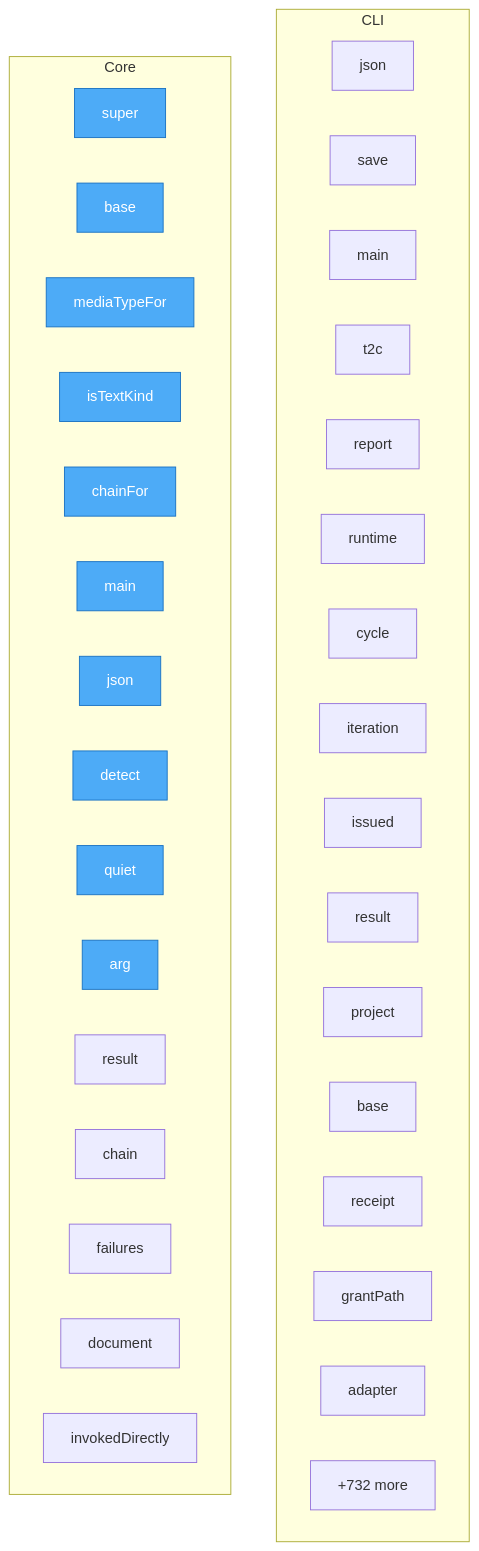
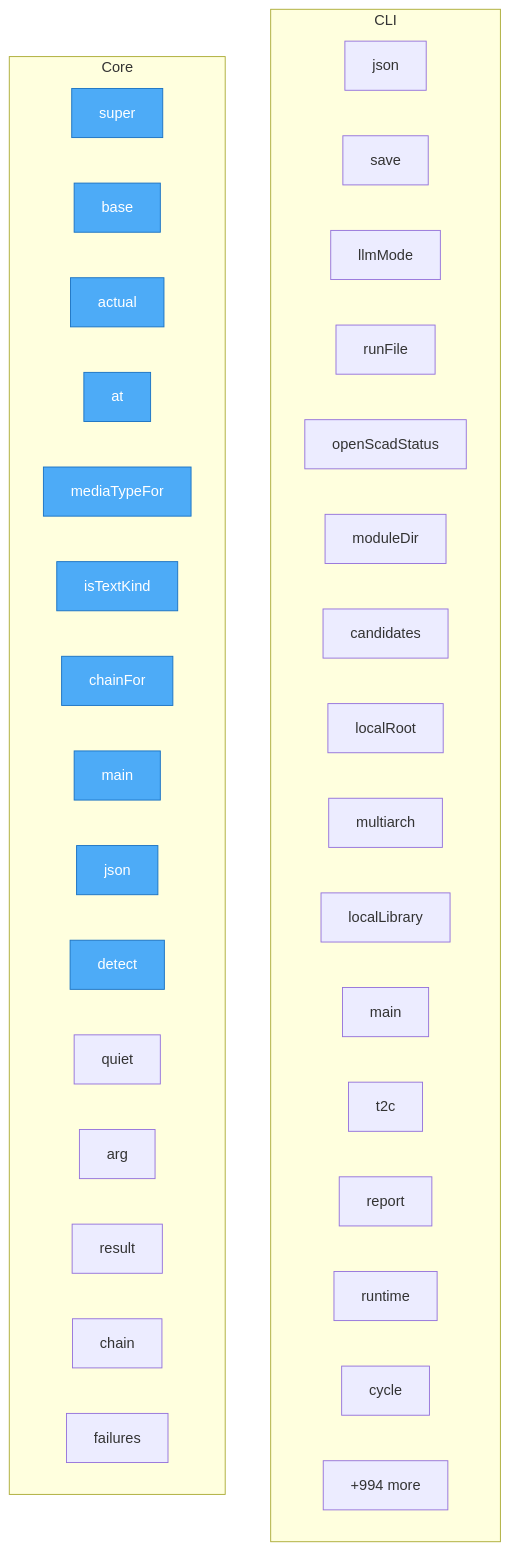
One commit to bioxfoundry/twin-dsl changed the diagram in project/flow.mmd. Above: the diagram before and after it, drawn with Mermaid. The commit also changed 116 other files, not shown here.

```diff
--- a/project/flow.mmd
+++ b/project/flow.mmd
@@ -1,45 +1,45 @@
 flowchart TD
 %% generated in 0.02s
 
     %% Entry points (blue)
     classDef entry fill:#4dabf7,stroke:#1971c2,color:#fff
 
     subgraph CLI
         src__cli__main__json["json"]
         src__cli__main__save["save"]
+        src__cli__main__llmMode["llmMode"]
+        src__cli__main__runFile["runFile"]
+        src__cli__main__openScadStatus["openScadStatus"]
+        src__cli__main__moduleDir["moduleDir"]
+        src__cli__main__candidates["candidates"]
+        src__cli__main__localRoot["localRoot"]
+        src__cli__main__multiarch["multiarch"]
+        src__cli__main__localLibrary["localLibrary"]
         src__cli__main__main["main"]
         src__cli__main__t2c["t2c"]
         src__cli__main__report["report"]
         src__cli__main__runtime["runtime"]
         src__cli__main__cycle["cycle"]
-        src__cli__main__iteration["iteration"]
-        src__cli__main__issued["issued"]
-        src__cli__main__result["result"]
-        src__cli__main__project["project"]
-        src__cli__main__base["base"]
-        src__cli__main__receipt["receipt"]
-        src__cli__main__grantPath["grantPath"]
-        src__cli__main__adapter["adapter"]
-        ...["+8 more"]
+        ...["+16 more"]
     end
 
     subgraph Core
         js__f2md__src__types__ExternalConverterRequired__super["super"]
         js__f2md__src__detect__base["base"]
+        js__f2md__src__detect__actual["actual"]
+        js__f2md__src__detect__at["at"]
         js__f2md__src__detect__mediaTypeFor["mediaTypeFor"]
         js__f2md__src__detect__isTextKind["isTextKind"]
         js__f2md__src__cli__chainFor["chainFor"]
         js__f2md__src__cli__main["main"]
         js__f2md__src__cli__json["json"]
         js__f2md__src__cli__detect["detect"]
         js__f2md__src__cli__quiet["quiet"]
         js__f2md__src__cli__arg["arg"]
         js__f2md__src__cli__result["result"]
         js__f2md__src__cli__chain["chain"]
         js__f2md__src__cli__failures["failures"]
-        js__f2md__src__cli__document["document"]
-        js__f2md__src__cli__invokedDirectly["invokedDirectly"]
-        ...["+732 more"]
+        ...["+994 more"]
     end
 
-    class js__f2md__src__types__ExternalConverterRequired__super,js__f2md__src__detect__base,js__f2md__src__detect__mediaTypeFor,js__f2md__src__detect__isTextKind,js__f2md__src__cli__chainFor,js__f2md__src__cli__main,js__f2md__src__cli__json,js__f2md__src__cli__detect,js__f2md__src__cli__quiet,js__f2md__src__cli__arg entry
+    class js__f2md__src__types__ExternalConverterRequired__super,js__f2md__src__detect__base,js__f2md__src__detect__actual,js__f2md__src__detect__at,js__f2md__src__detect__mediaTypeFor,js__f2md__src__detect__isTextKind,js__f2md__src__cli__chainFor,js__f2md__src__cli__main,js__f2md__src__cli__json,js__f2md__src__cli__detect entry
```
